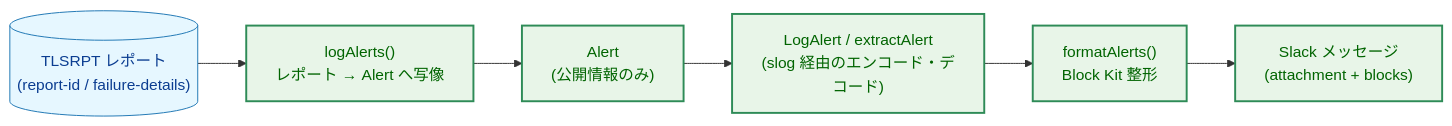
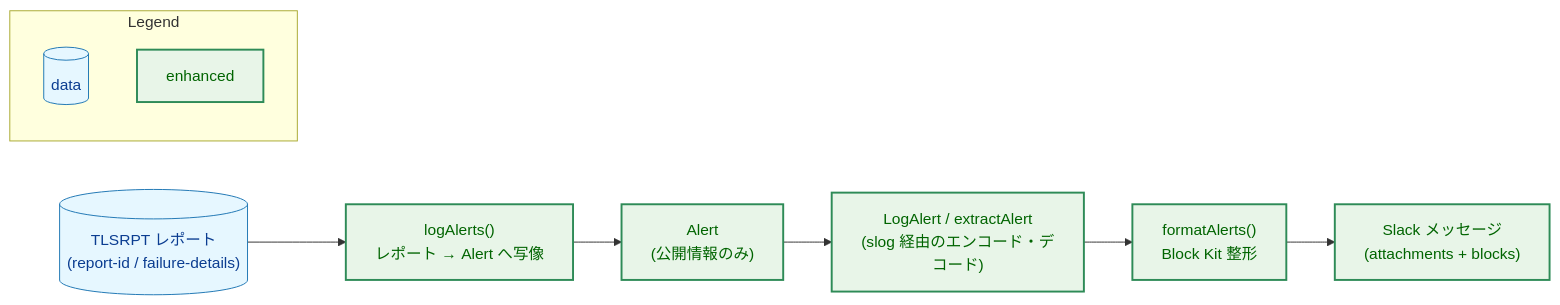
Before and after one commit to isseis/tlsrpt-digest: the first of 5 diagrams in docs/tasks/0101_slack_alert_format/02_architecture.ja.md, drawn with Mermaid. The commit also changed other lines of this file, not shown here.

First line of the commit message:
docs: address Slack alert architecture review findings

````diff
--- a/docs/tasks/0101_slack_alert_format/02_architecture.ja.md
+++ b/docs/tasks/0101_slack_alert_format/02_architecture.ja.md
@@ -29,21 +29,28 @@
 ```mermaid
 flowchart LR
     classDef data fill:#e6f7ff,stroke:#1f77b4,stroke-width:1px,color:#0b3d91;
     classDef enhanced fill:#e8f5e8,stroke:#2e8b57,stroke-width:2px,color:#006400;
 
     REP[("TLSRPT レポート<br>(report-id / failure-details)")]
     MAP["logAlerts()<br>レポート → Alert へ写像"]
     ALERT["Alert<br>(公開情報のみ)"]
     LOG["LogAlert / extractAlert<br>(slog 経由のエンコード・デコード)"]
     FMT["formatAlerts()<br>Block Kit 整形"]
-    SLACK["Slack メッセージ<br>(attachment + blocks)"]
+    SLACK["Slack メッセージ<br>(attachments + blocks)"]
 
     REP --> MAP
     MAP --> ALERT
     ALERT --> LOG
     LOG --> FMT
     FMT --> SLACK
 
+    subgraph Legend["Legend"]
+        L_DATA[("data")]
+        L_ENH["enhanced"]
+    end
+
     class REP data
     class MAP,ALERT,LOG,FMT,SLACK enhanced
+    class L_DATA data
+    class L_ENH enhanced
 ```
````
